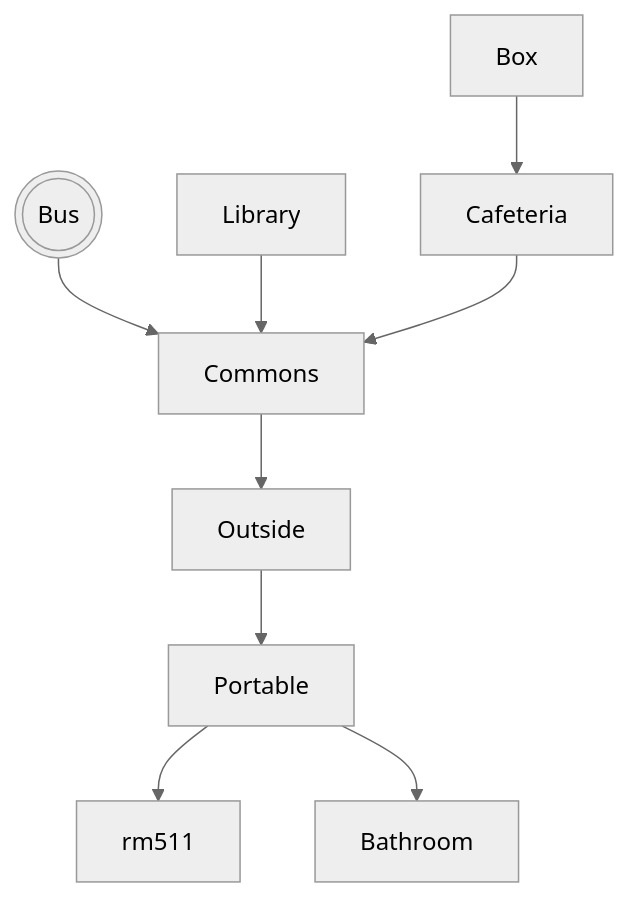
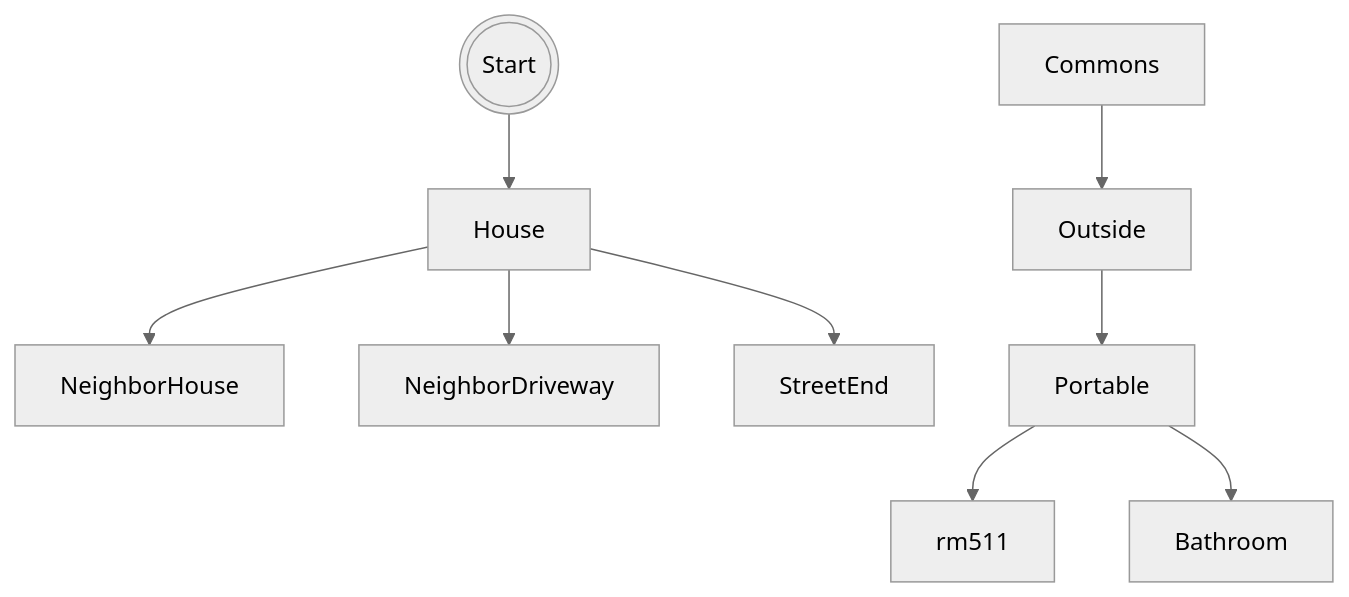
The diagram in projects/game/README.md (MRC8git/MRC8git.github.io), drawn with Mermaid (neutral theme) before and after one commit.

Commit message:
working on map?

````diff
--- a/projects/game/README.md
+++ b/projects/game/README.md
@@ -9,11 +9,11 @@
 ```mermaid
 graph TD;
-    bus(((Bus)))-->Commons;
-    Library-->Commons;
-    Box-->Cafeteria;
-    Cafeteria-->Commons;
+    Start(((Start)))-->House;
+    House-->NeighborHouse;
+    House-->NeighborDriveway;
+    House-->StreetEnd;
     Commons-->Outside;
     Outside-->Portable;
     Portable-->rm511;
     Portable-->Bathroom;
 ```
````
